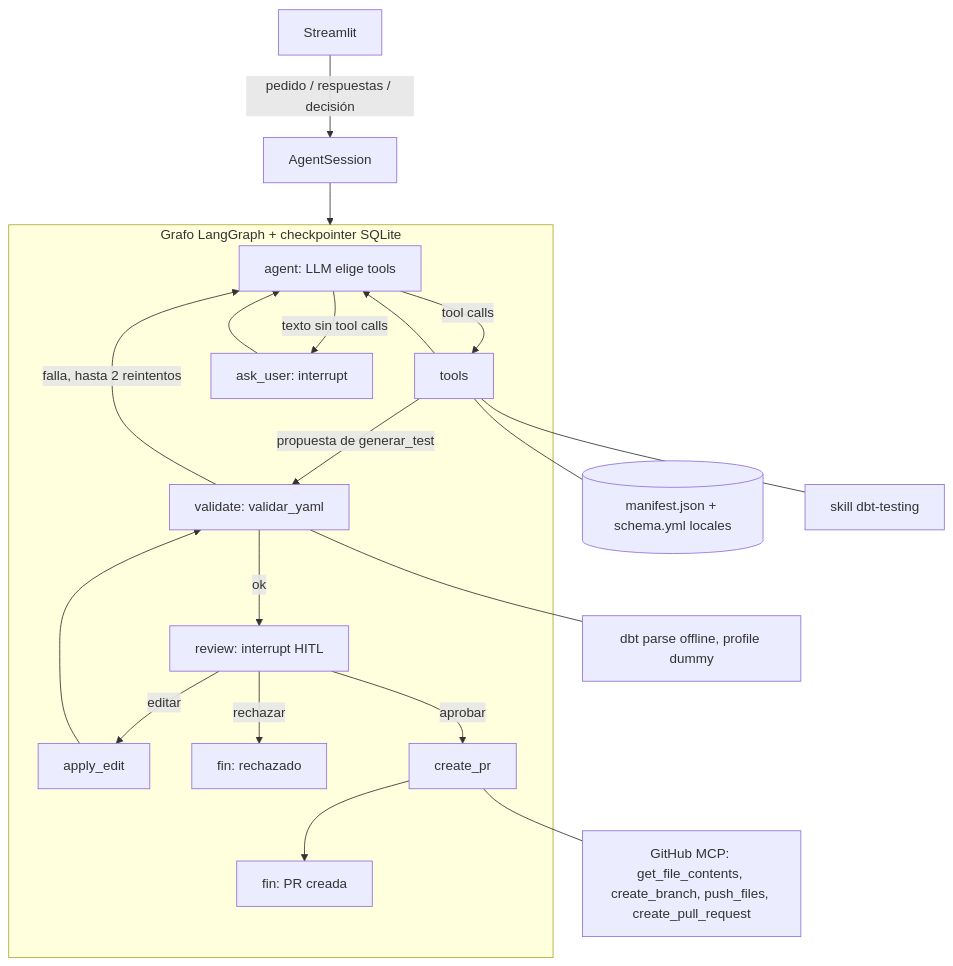
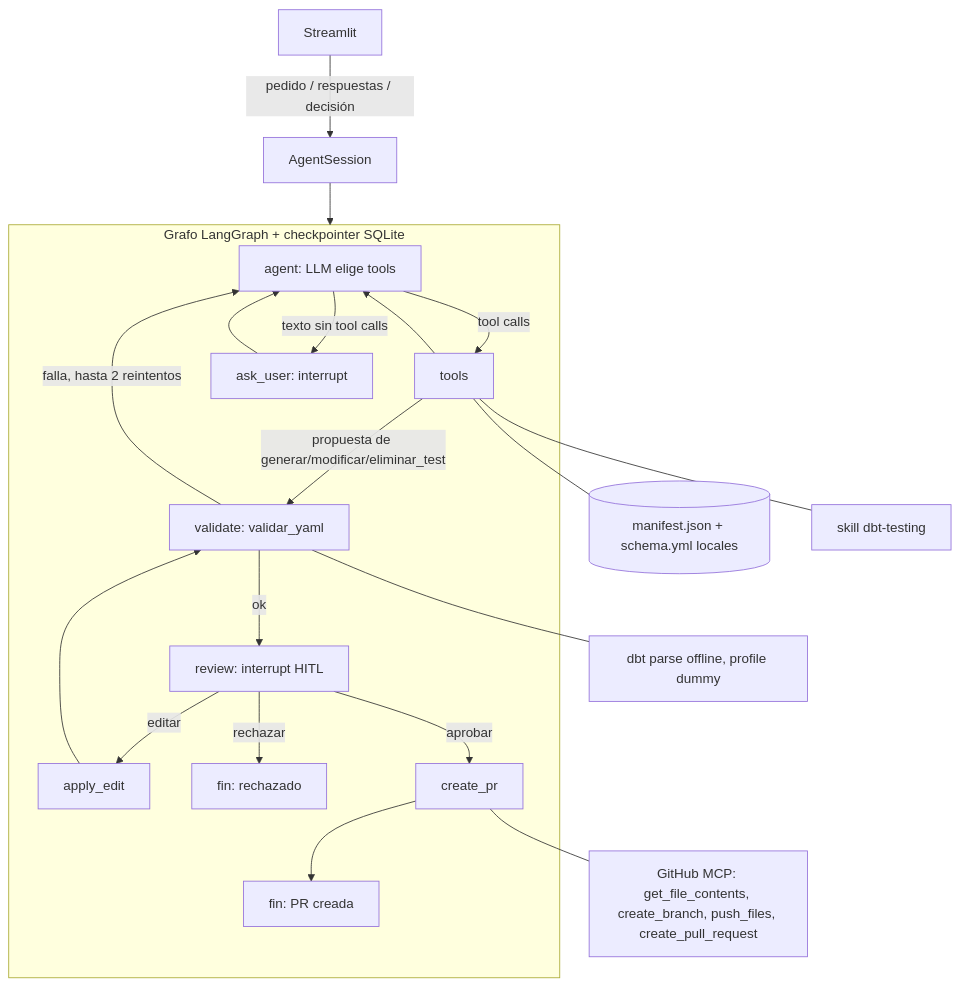
One commit to diegorojasucv/tf-ai-agent changed the diagram in docs/arquitectura/arquitectura.md. Above: the diagram before and after it, drawn with Mermaid. The commit also changed other lines of this file and 1 other file, not shown here.

````diff
--- a/docs/arquitectura/arquitectura.md
+++ b/docs/arquitectura/arquitectura.md
@@ -5,22 +5,22 @@
 ```mermaid
 flowchart TD
   UI[Streamlit] -->|pedido / respuestas / decisión| S[AgentSession]
   S --> G
   subgraph G[Grafo LangGraph + checkpointer SQLite]
     A[agent: LLM elige tools] -->|tool calls| T[tools]
     T --> A
     A -->|texto sin tool calls| Q[ask_user: interrupt]
     Q --> A
-    T -->|propuesta de generar_test| V[validate: validar_yaml]
+    T -->|propuesta de generar/modificar/eliminar_test| V[validate: validar_yaml]
     V -->|falla, hasta 2 reintentos| A
     V -->|ok| R[review: interrupt HITL]
     R -->|editar| E[apply_edit] --> V
     R -->|rechazar| X1[fin: rechazado]
     R -->|aprobar| P[create_pr]
     P --> X2[fin: PR creada]
   end
   T --- M[(manifest.json + schema.yml locales)]
   T --- K[skill dbt-testing]
   V --- D[dbt parse offline, profile dummy]
   P --- GH[GitHub MCP: get_file_contents, create_branch, push_files, create_pull_request]
 ```
````
